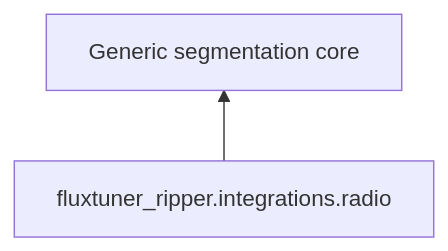
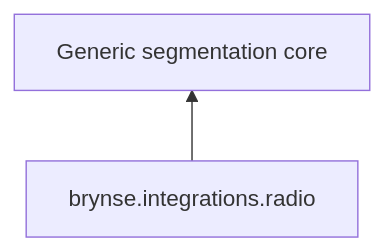
One commit to pitill0/brynse changed the sixth of 9 diagrams in docs/architecture.md. Above: the diagram before and after it, drawn with Mermaid. The commit also changed other lines of this file and 4 other files, not shown here.

````diff
--- a/docs/architecture.md
+++ b/docs/architecture.md
@@ -257,7 +257,7 @@
 ```mermaid
 flowchart BT
-    R[fluxtuner_ripper.integrations.radio]
+    R[brynse.integrations.radio]
     C[Generic segmentation core]
 
     R --> C
 ```
````
